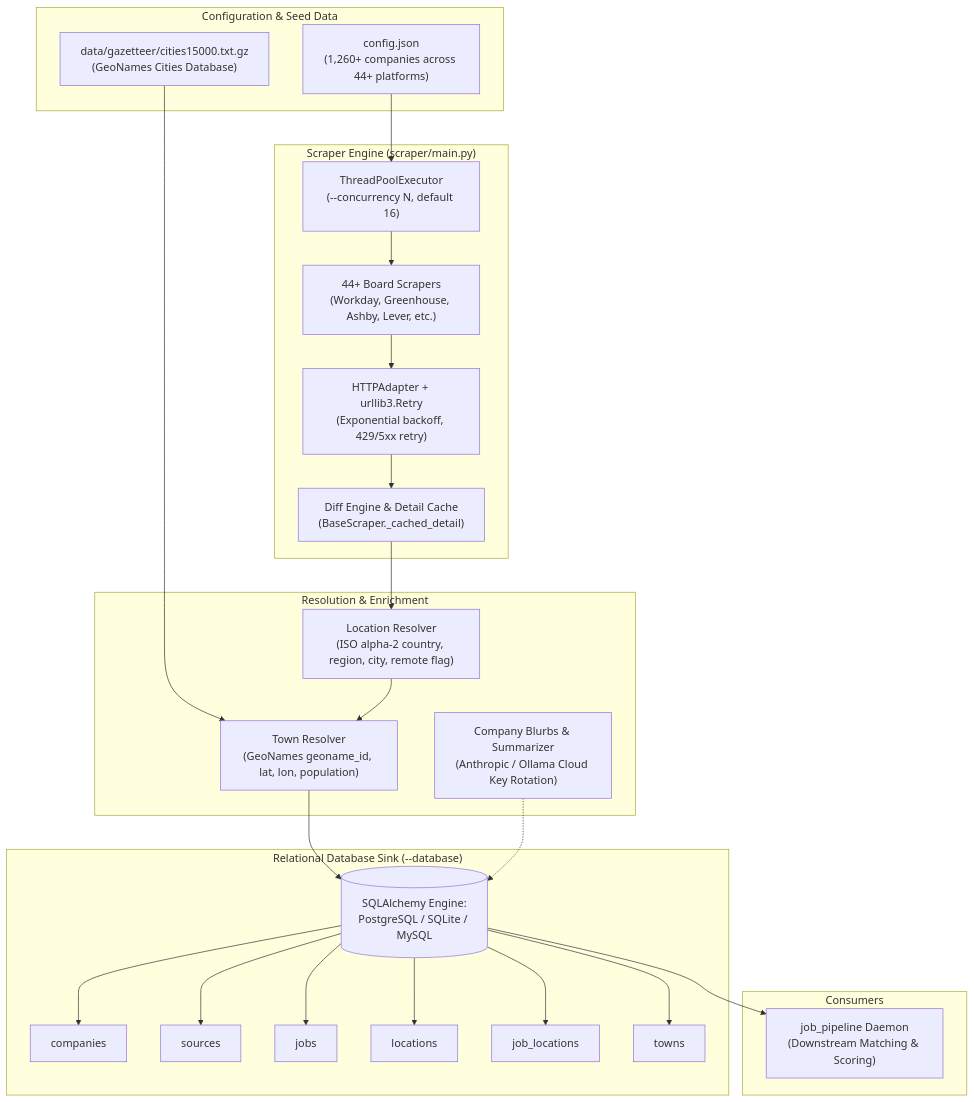
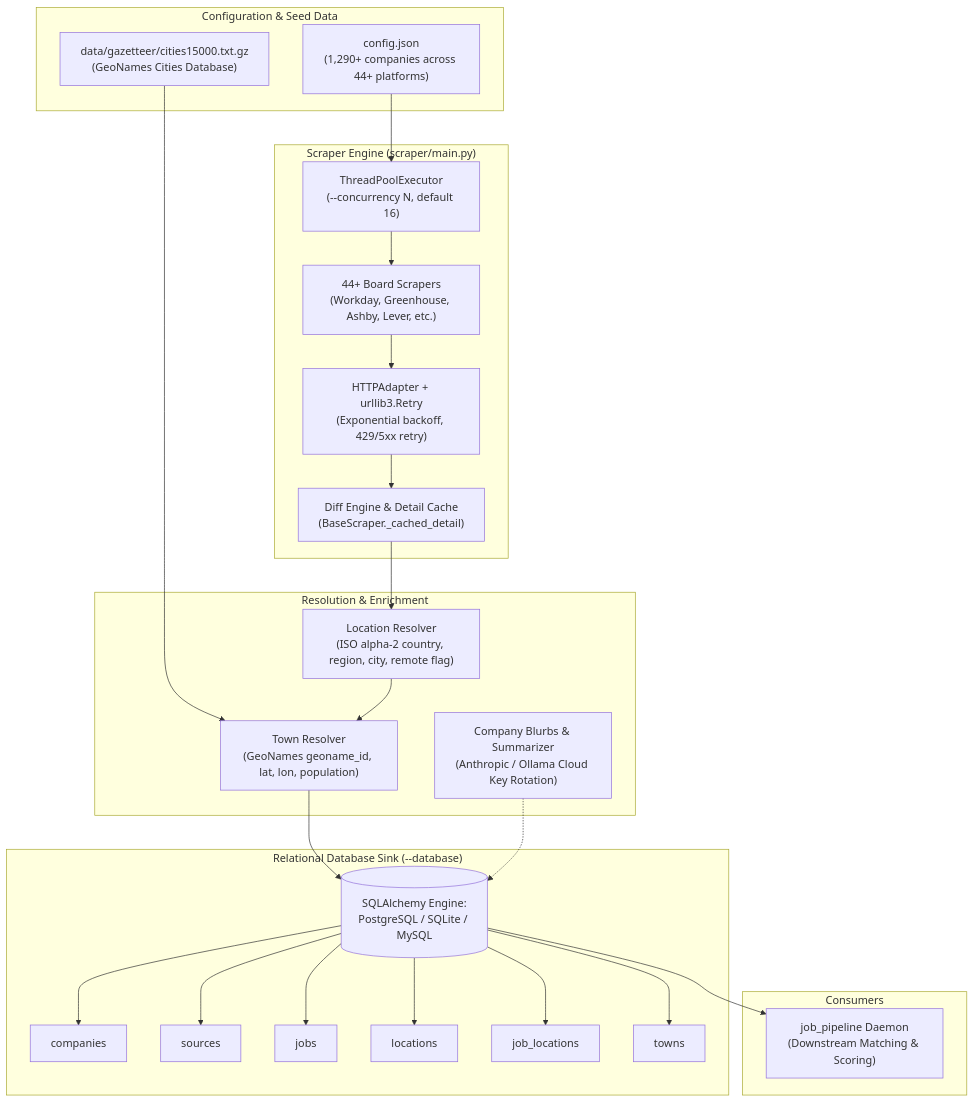
Before and after one commit to Rain6435/jobby-scraper: the first of 2 diagrams in README.md, drawn with Mermaid. The commit also changed other lines of this file and 1 other file, not shown here.

Commit message:
feat(scout): add 25 cross-industry employers (9,500+ jobs) across health, infra, tech, energy, and logistics

````diff
--- a/README.md
+++ b/README.md
@@ -24,46 +24,46 @@
 ```mermaid
 flowchart TD
     subgraph Input ["Configuration & Seed Data"]
-        Config["config.json\n(1,260+ companies across 44+ platforms)"]
+        Config["config.json\n(1,290+ companies across 44+ platforms)"]
         Gazetteer["data/gazetteer/cities15000.txt.gz\n(GeoNames Cities Database)"]
     end
 
     subgraph ScraperEngine ["Scraper Engine (scraper/main.py)"]
         WorkerPool["ThreadPoolExecutor\n(--concurrency N, default 16)"]
         BoardScrapers["44+ Board Scrapers\n(Workday, Greenhouse, Ashby, Lever, etc.)"]
         RetrySession["HTTPAdapter + urllib3.Retry\n(Exponential backoff, 429/5xx retry)"]
         DiffEngine["Diff Engine & Detail Cache\n(BaseScraper._cached_detail)"]
     end
 
     subgraph Resolvers ["Resolution & Enrichment"]
         LocResolver["Location Resolver\n(ISO alpha-2 country, region, city, remote flag)"]
         TownResolver["Town Resolver\n(GeoNames geoname_id, lat, lon, population)"]
         AIBlurbs["Company Blurbs & Summarizer\n(Anthropic / Ollama Cloud Key Rotation)"]
     end
 
     subgraph DatabaseSink ["Relational Database Sink (--database)"]
         DB[(SQLAlchemy Engine:\nPostgreSQL / SQLite / MySQL)]
         T_Companies["companies"]
         T_Sources["sources"]
         T_Jobs["jobs"]
         T_Locations["locations"]
         T_JobLocs["job_locations"]
         T_Towns["towns"]
     end
 
     subgraph Downstream ["Consumers"]
         ConsumerApp["job_pipeline Daemon\n(Downstream Matching & Scoring)"]
     end
 
     Config --> WorkerPool
     WorkerPool --> BoardScrapers
     BoardScrapers --> RetrySession
     RetrySession --> DiffEngine
     DiffEngine --> LocResolver
     Gazetteer --> TownResolver
     LocResolver --> TownResolver
     TownResolver --> DB
     AIBlurbs -.-> DB
     DB --> T_Companies & T_Sources & T_Jobs & T_Locations & T_JobLocs & T_Towns
     DB --> ConsumerApp
 ```
````
